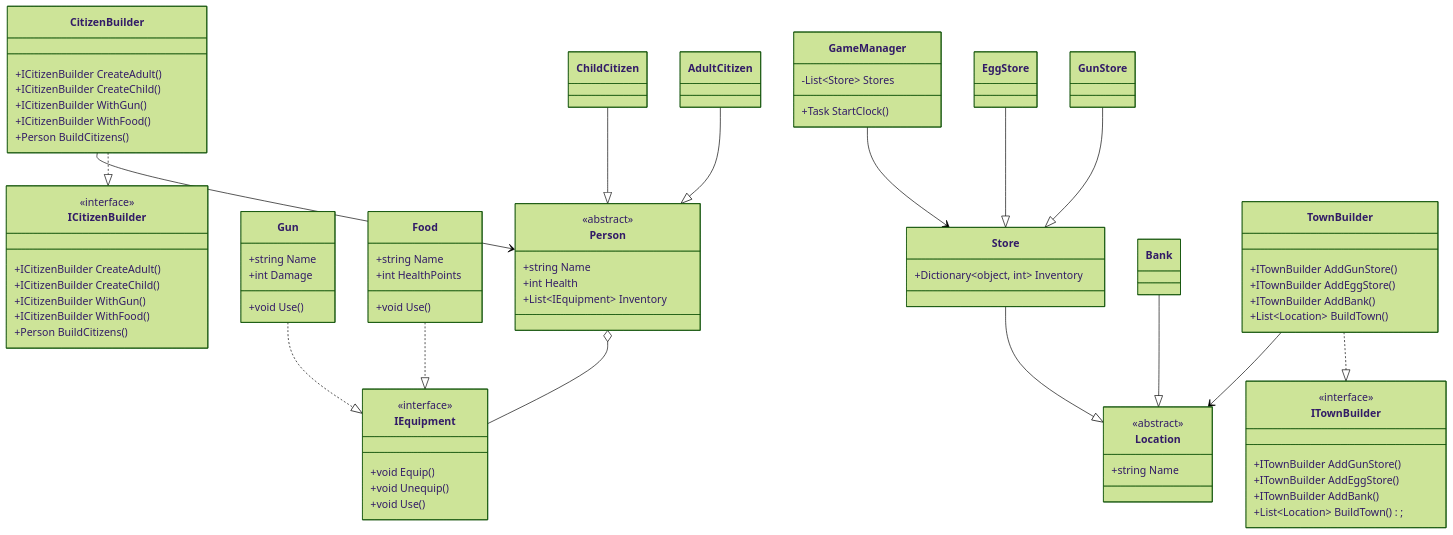
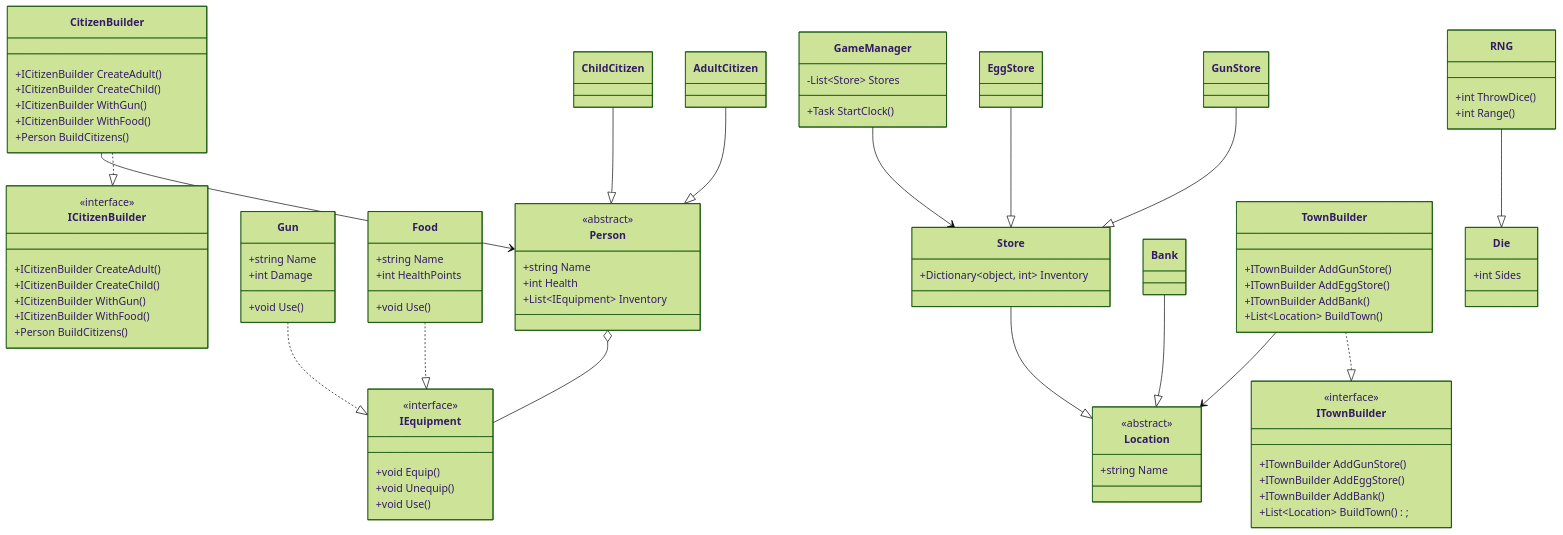
One commit to smallbenji-org/HF2-peopleville changed the diagram in README.md. Above: the diagram before and after it, drawn with Mermaid (forest theme). The commit also changed 1 other file, not shown here.

Commit message:
adding RNG

```diff
--- a/README.md
+++ b/README.md
@@ -101,6 +101,16 @@
         +Task StartClock()
     }
 
+    class RNG {
+        +int ThrowDice()
+        +int Range()
+    }
+
+    class Die {
+        +int Sides
+    }
+    RNG --|> Die
+
     Gun ..|> IEquipment
     Food ..|> IEquipment
     
```
